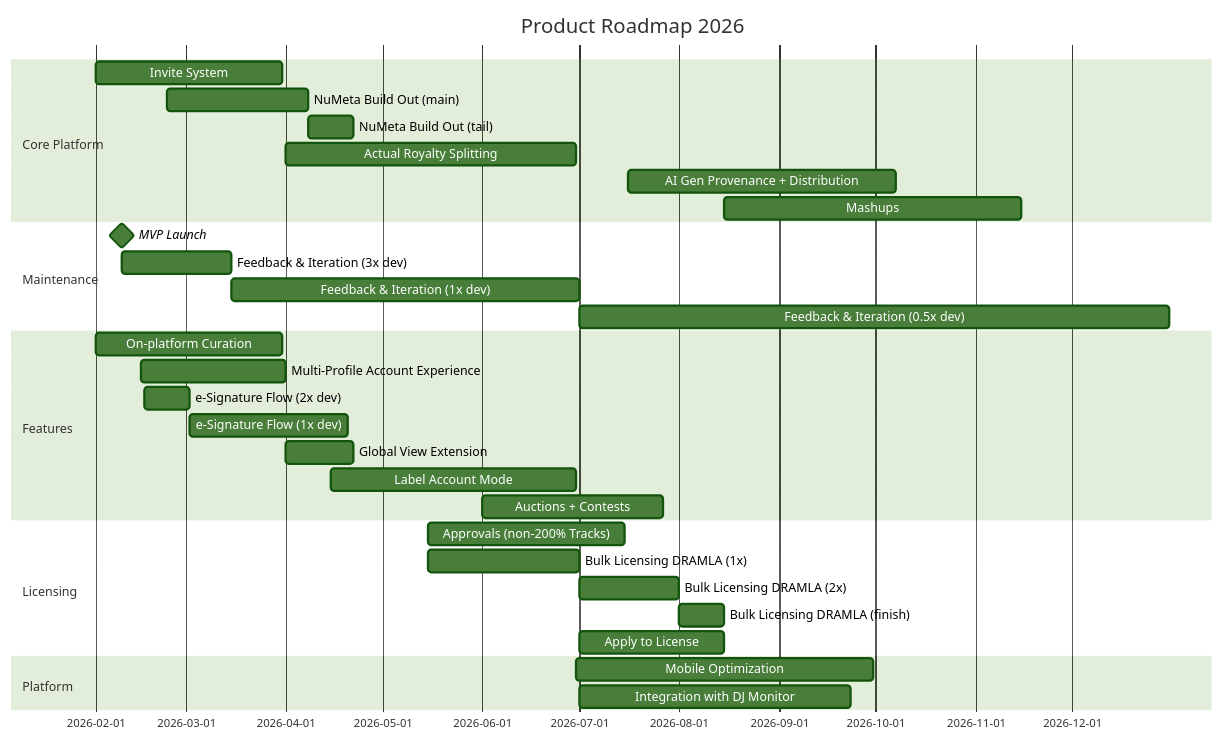
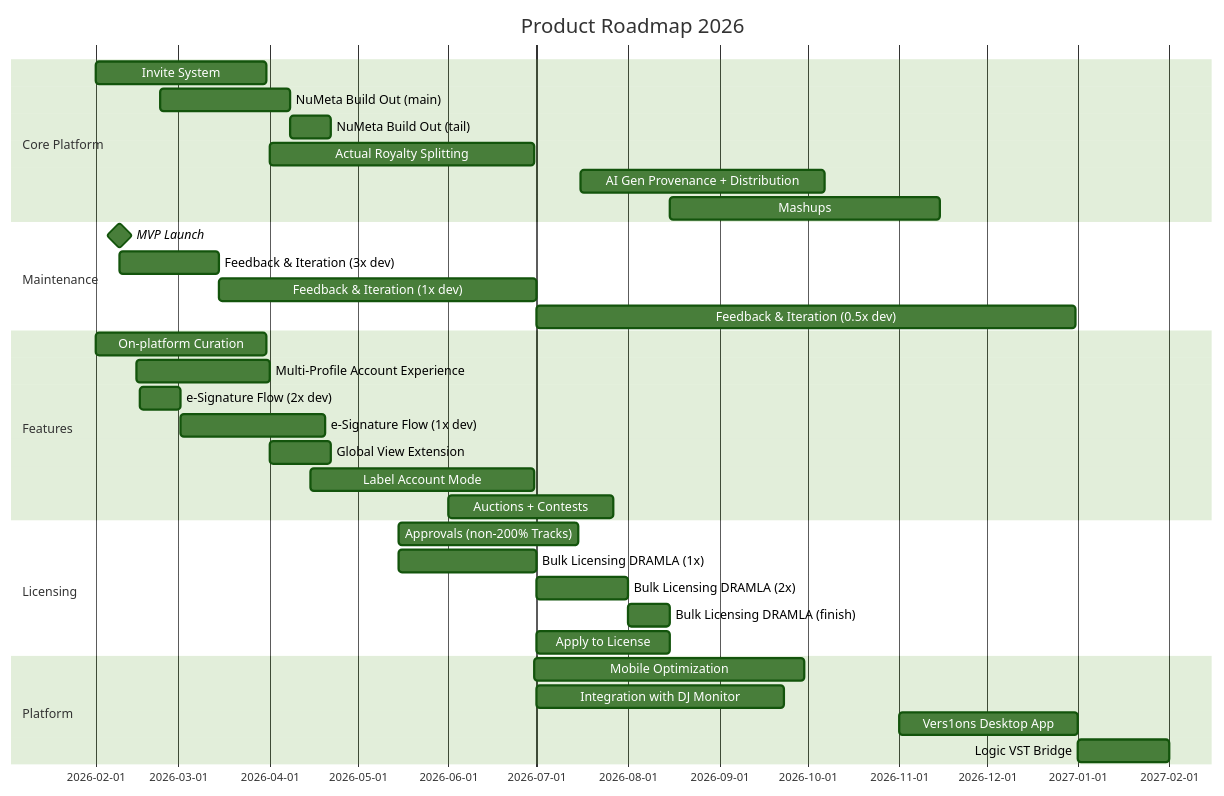
One commit to ARC-H1VE/vers1ons-roadmap changed the diagram in roadmap.md. Above: the diagram before and after it, drawn with Mermaid (forest theme). The commit also changed other lines of this file and 1 other file, not shown here.

First line of the commit message:
Add Vers1ons Desktop App and Logic VST Bridge

````diff
--- a/roadmap.md
+++ b/roadmap.md
@@ -110,39 +112,41 @@
 ```mermaid
 gantt
     title Product Roadmap 2026
     dateFormat YYYY-MM-DD
 
     section Core Platform
     Invite System                    :2026-02-01, 2026-03-31
     NuMeta Build Out (main)          :2026-02-23, 2026-04-08
     NuMeta Build Out (tail)          :2026-04-08, 2026-04-22
     Actual Royalty Splitting         :2026-04-01, 2026-06-30
     AI Gen Provenance + Distribution :2026-07-16, 2026-10-07
     Mashups                          :2026-08-15, 2026-11-15
 
     section Maintenance
     MVP Launch                       :milestone, 2026-02-09, 0d
     Feedback & Iteration (3x dev)    :2026-02-09, 2026-03-15
     Feedback & Iteration (1x dev)    :2026-03-15, 2026-07-01
     Feedback & Iteration (0.5x dev)  :2026-07-01, 2026-12-31
 
     section Features
     On-platform Curation             :2026-02-01, 2026-03-31
     Multi-Profile Account Experience :2026-02-15, 2026-04-01
     e-Signature Flow (2x dev)        :2026-02-16, 2026-03-02
     e-Signature Flow (1x dev)        :2026-03-02, 2026-04-20
     Global View Extension            :2026-04-01, 2026-04-22
     Label Account Mode               :2026-04-15, 2026-06-30
     Auctions + Contests              :2026-06-01, 2026-07-27
 
     section Licensing
     Approvals (non-200% Tracks)      :2026-05-15, 2026-07-15
     Bulk Licensing DRAMLA (1x)       :2026-05-15, 2026-07-01
     Bulk Licensing DRAMLA (2x)       :2026-07-01, 2026-08-01
     Bulk Licensing DRAMLA (finish)   :2026-08-01, 2026-08-15
     Apply to License                 :2026-07-01, 2026-08-15
 
     section Platform
     Mobile Optimization              :2026-06-30, 2026-09-30
     Integration with DJ Monitor      :2026-07-01, 2026-09-23
+    Vers1ons Desktop App             :2026-11-01, 2027-01-01
+    Logic VST Bridge                 :2027-01-01, 2027-02-01
 ```
````
